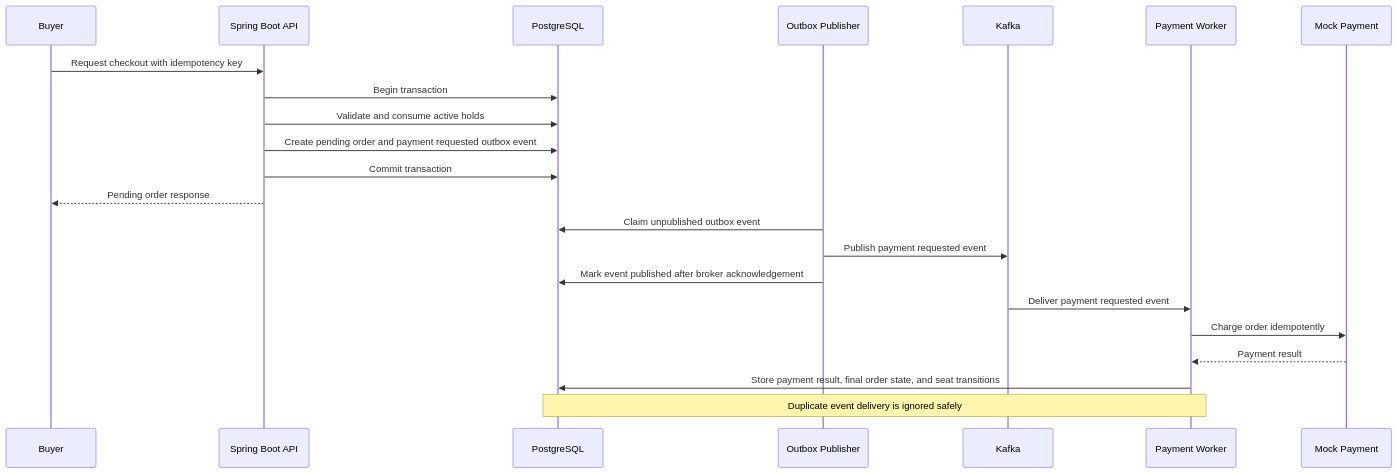
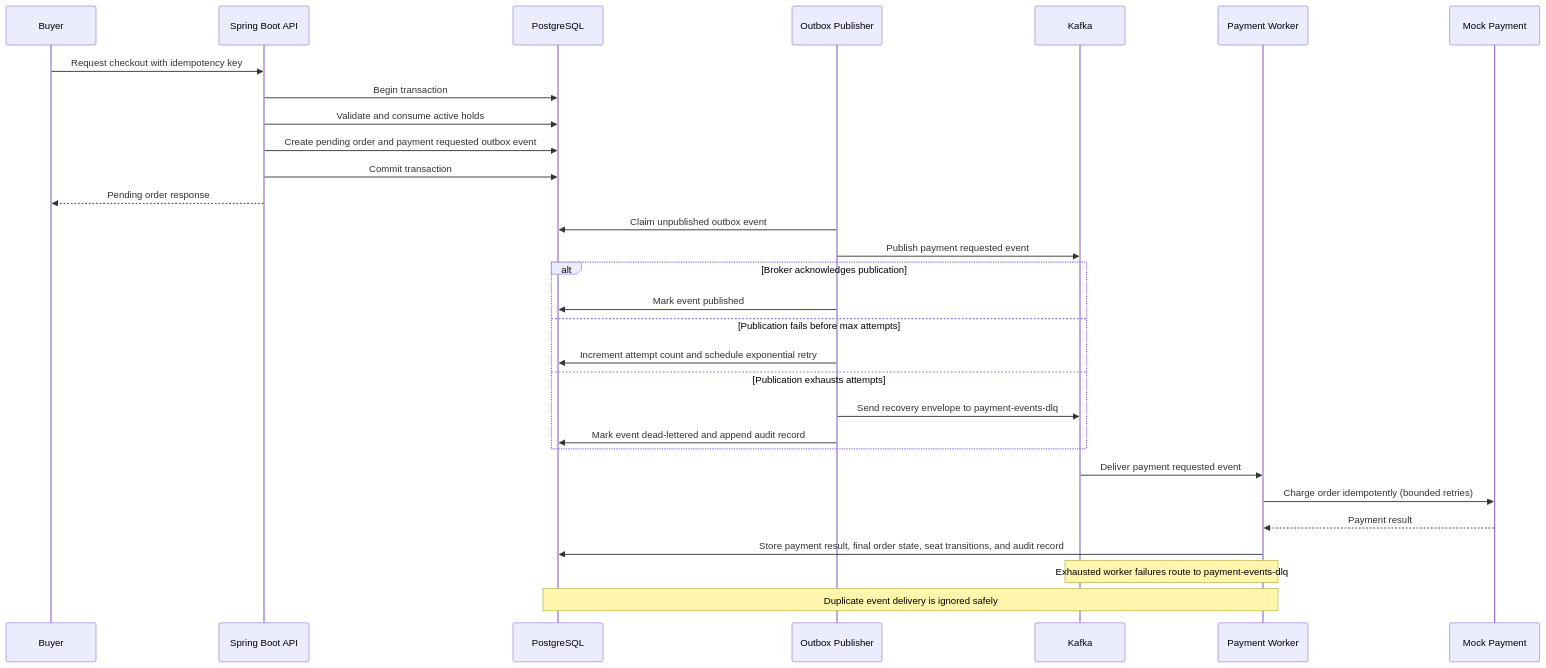
One commit to WenAlgo998/tricketrush changed the second of 4 diagrams in docs/sequence-diagrams.md. Above: the diagram before and after it, drawn with Mermaid. The commit also changed 18 other files, not shown here.

Commit message:
feat: add payment recovery, DLQ, and audit log

````diff
--- a/docs/sequence-diagrams.md
+++ b/docs/sequence-diagrams.md
@@ -28,25 +28,33 @@
 ```mermaid
 sequenceDiagram
     participant Buyer
     participant API as Spring Boot API
     participant DB as PostgreSQL
     participant OUT as Outbox Publisher
     participant K as Kafka
     participant W as Payment Worker
     participant Payment as Mock Payment
 
     Buyer->>API: Request checkout with idempotency key
     API->>DB: Begin transaction
     API->>DB: Validate and consume active holds
     API->>DB: Create pending order and payment requested outbox event
     API->>DB: Commit transaction
     API-->>Buyer: Pending order response
     OUT->>DB: Claim unpublished outbox event
     OUT->>K: Publish payment requested event
-    OUT->>DB: Mark event published after broker acknowledgement
+    alt Broker acknowledges publication
+        OUT->>DB: Mark event published
+    else Publication fails before max attempts
+        OUT->>DB: Increment attempt count and schedule exponential retry
+    else Publication exhausts attempts
+        OUT->>K: Send recovery envelope to payment-events-dlq
+        OUT->>DB: Mark event dead-lettered and append audit record
+    end
     K->>W: Deliver payment requested event
-    W->>Payment: Charge order idempotently
+    W->>Payment: Charge order idempotently (bounded retries)
     Payment-->>W: Payment result
-    W->>DB: Store payment result, final order state, and seat transitions
+    W->>DB: Store payment result, final order state, seat transitions, and audit record
+    Note over W,K: Exhausted worker failures route to payment-events-dlq
     Note over W,DB: Duplicate event delivery is ignored safely
 ```
````
